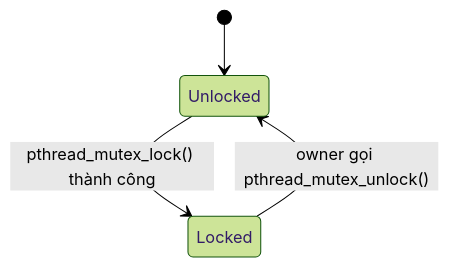
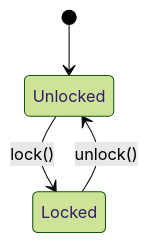
The first of 3 diagrams in phase-01/README-topic-07.md (hai-kevins/embedded-linux), drawn with Mermaid (forest theme) before and after one commit. The commit also changed other lines of this file and 6 other files, not shown here.

````diff
--- a/phase-01/README-topic-07.md
+++ b/phase-01/README-topic-07.md
@@ -270,9 +270,9 @@
 ```mermaid
 stateDiagram-v2
     state "Unlocked" as Unlocked
     state "Locked" as Locked
 
     [*] --> Unlocked
-    Unlocked --> Locked: pthread_mutex_lock() thành công
-    Locked --> Unlocked: owner gọi pthread_mutex_unlock()
+    Unlocked --> Locked: lock()
+    Locked --> Unlocked: unlock()
 ```
````
